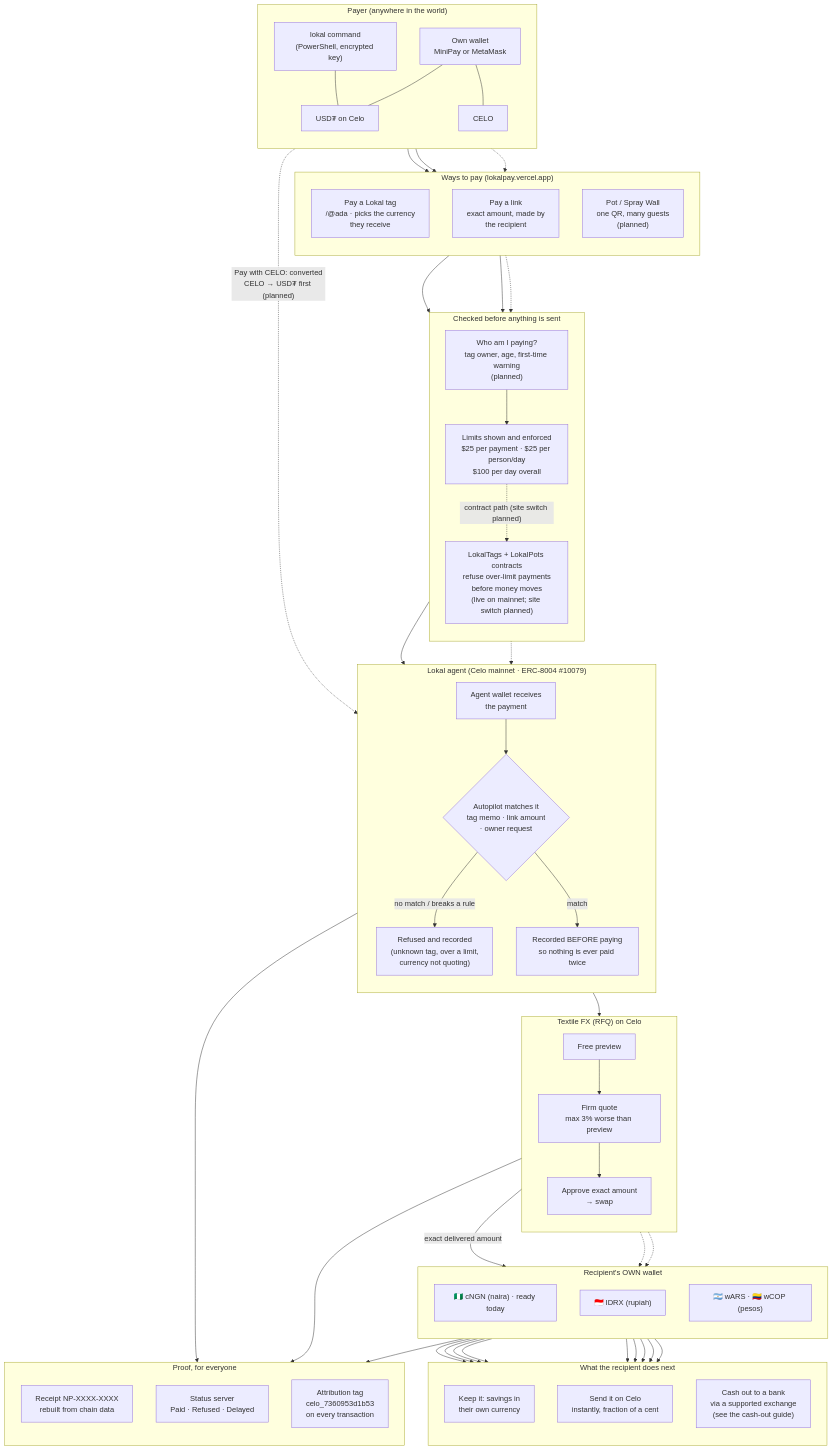
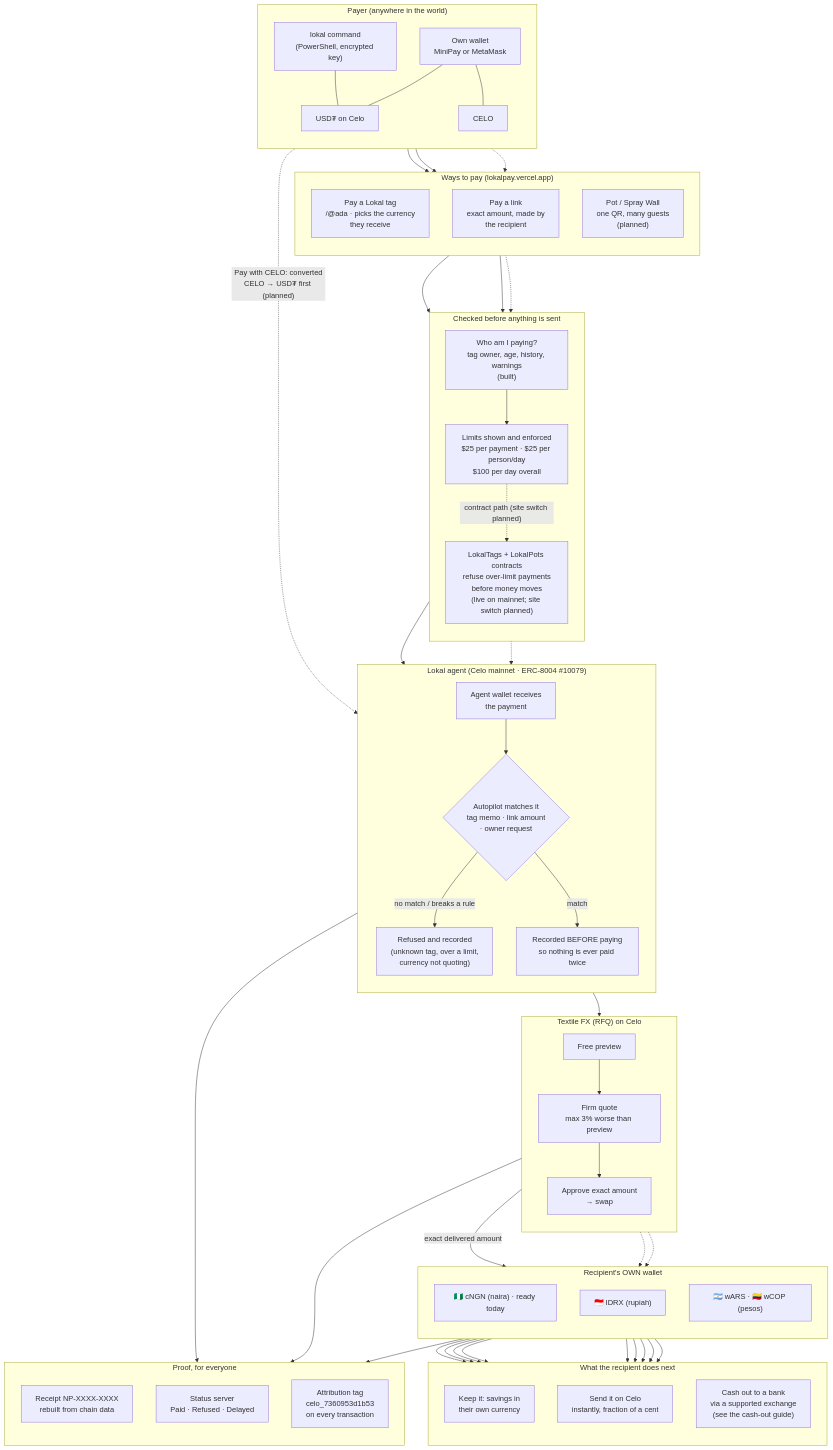
Before and after one commit to deeeko/lokal: the first of 2 diagrams in README.md, drawn with Mermaid. The commit also changed other lines of this file and 1 other file, not shown here.

Commit message:
Landing and README: "Who am I paying?" is built, the Proof page is linked, 321 tests

```diff
--- a/README.md
+++ b/README.md
@@ -441,7 +495,7 @@
   %% ---------- checks before money moves ----------
   subgraph CHECKS["Checked before anything is sent"]
     direction TB
-    C1["Who am I paying?<br/>tag owner, age, first-time warning<br/>(planned)"]
+    C1["Who am I paying?<br/>tag owner, age, history, warnings<br/>(built)"]
     C2["Limits shown and enforced<br/>$25 per payment · $25 per person/day<br/>$100 per day overall"]
     C3["LokalTags + LokalPots contracts<br/>refuse over-limit payments<br/>before money moves<br/>(live on mainnet; site switch planned)"]
   end
```
